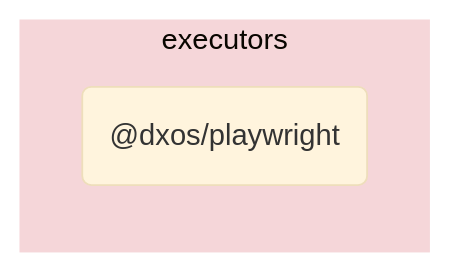
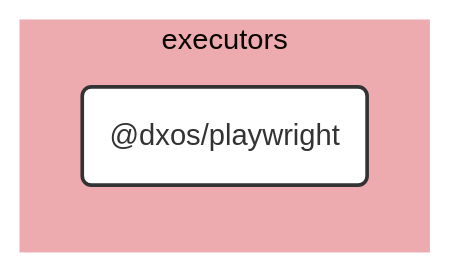
Before and after one commit to dxos/dxos: the diagram in tools/executors/playwright/docs/README.md, drawn with Mermaid (base theme). The commit also changed other lines of this file and 109 other files, not shown here.

````diff
--- a/tools/executors/playwright/docs/README.md
+++ b/tools/executors/playwright/docs/README.md
@@ -5,9 +7,25 @@
 ```mermaid
-flowchart LR;
+%%{ init: {'flowchart':{'curve':'basis'}} }%%
 
+flowchart LR
+
+%% Links
+
+%% Sections
 subgraph executors
-  style executors fill:#f5d6d9,stroke:#fff;
-  dxos/playwright("@dxos/playwright");
+  style executors fill:#edabb0,stroke:#fff;
+
+  dxos/playwright("@dxos/playwright")
 end
 
+
+%% Hyperlinks
+
+%% Styles
+classDef rootNode fill:#fff,stroke:#333,stroke-width:2px
+classDef defaultNode fill:#fff,stroke:#333,stroke-width:1px
+linkStyle default stroke:#333,stroke-width:1px
+
+dxos/playwright:::rootNode
+
 ```
````
